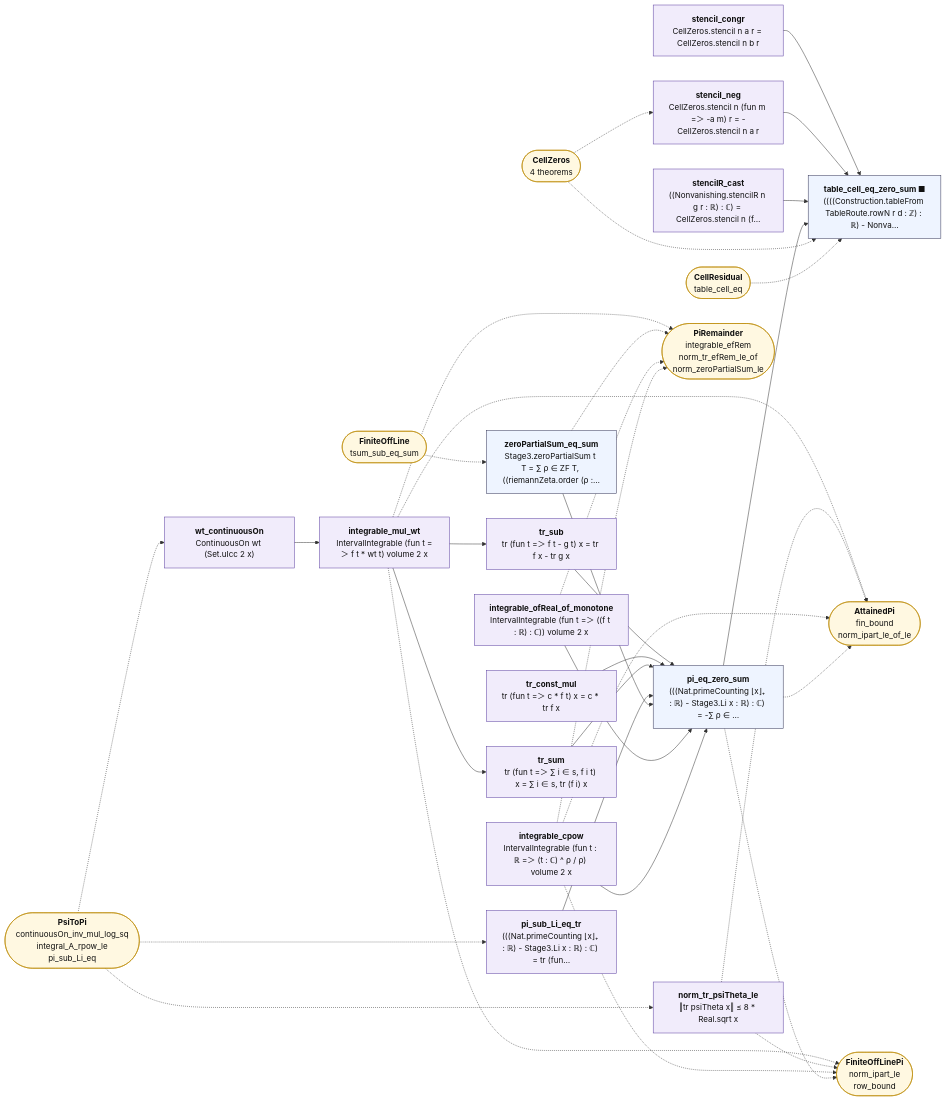
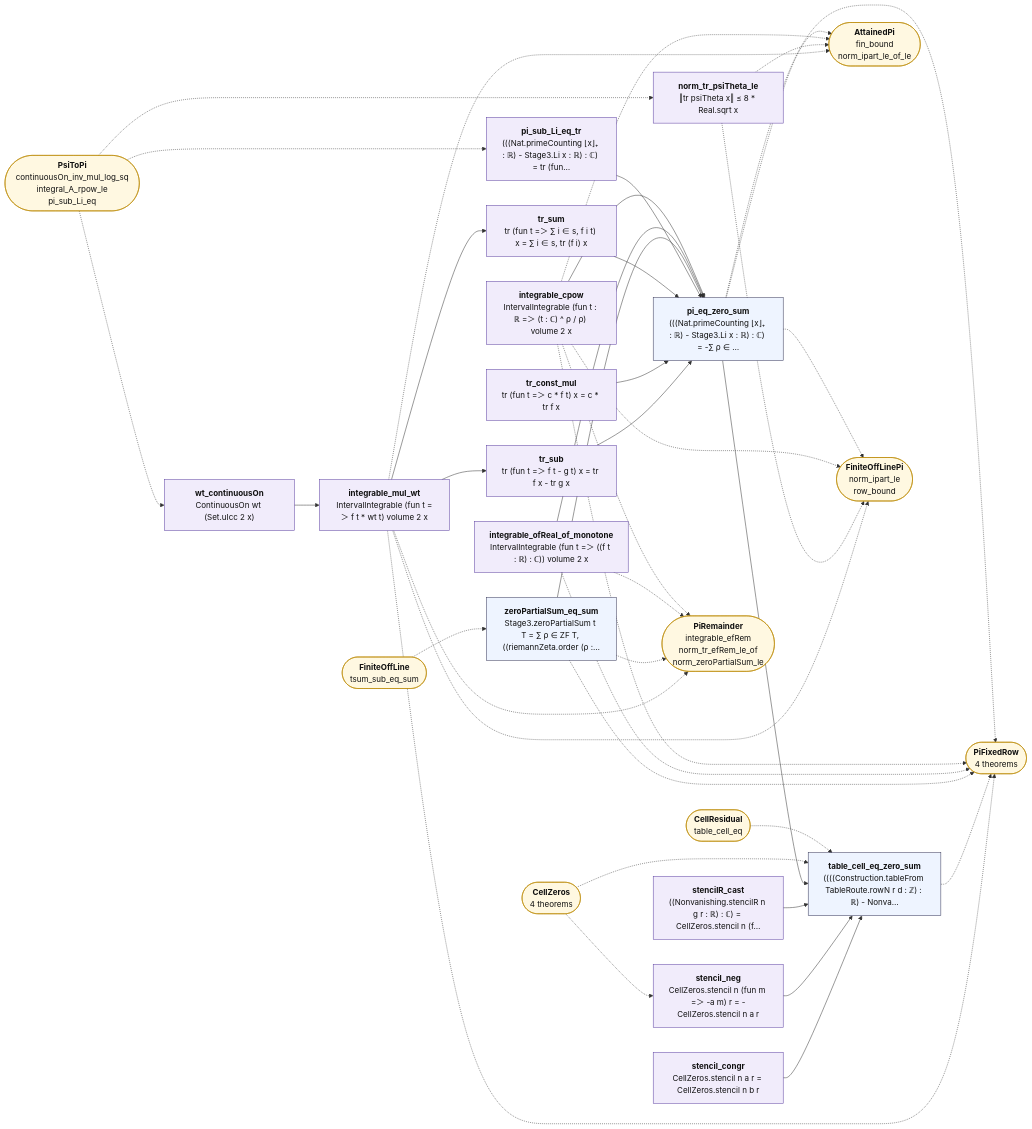
Before and after one commit to juliansambranojr/Primebeat_081426: the diagram in map/lean_stage3/PiZeros.mmd, drawn with Mermaid. The commit also changed 46 other files, not shown here.

```diff
--- a/map/lean_stage3/PiZeros.mmd
+++ b/map/lean_stage3/PiZeros.mmd
@@ -1,64 +1,71 @@
 flowchart LR
   n0["<b>wt_continuousOn</b><br/>ContinuousOn wt (Set.uIcc 2 x)"]:::shp
   n1["<b>integrable_mul_wt</b><br/>IntervalIntegrable (fun t =＞ f t * wt t) volume 2 x"]:::shp
   n2["<b>tr_sub</b><br/>tr (fun t =＞ f t - g t) x = tr f x - tr g x"]:::shp
   n3["<b>tr_const_mul</b><br/>tr (fun t =＞ c * f t) x = c * tr f x"]:::shp
   n4["<b>tr_sum</b><br/>tr (fun t =＞ ∑ i ∈ s, f i t) x = ∑ i ∈ s, tr (f i) x"]:::shp
   n5["<b>pi_sub_Li_eq_tr</b><br/>(((Nat.primeCounting ⌊x⌋₊ : ℝ) - Stage3.Li x : ℝ) : ℂ) = tr (fun…"]:::shp
   n6["<b>zeroPartialSum_eq_sum</b><br/>Stage3.zeroPartialSum t T = ∑ ρ ∈ ZF T, ((riemannZeta.order (ρ :…"]:::thm
   n7["<b>integrable_ofReal_of_monotone</b><br/>IntervalIntegrable (fun t =＞ ((f t : ℝ) : ℂ)) volume 2 x"]:::shp
   n8["<b>integrable_cpow</b><br/>IntervalIntegrable (fun t : ℝ =＞ (t : ℂ) ^ ρ / ρ) volume 2 x"]:::shp
   n9["<b>pi_eq_zero_sum</b><br/>(((Nat.primeCounting ⌊x⌋₊ : ℝ) - Stage3.Li x : ℝ) : ℂ) = -∑ ρ ∈ …"]:::thm
   n10["<b>norm_tr_psiTheta_le</b><br/>‖tr psiTheta x‖ ≤ 8 * Real.sqrt x"]:::shp
   n11["<b>stencil_congr</b><br/>CellZeros.stencil n a r = CellZeros.stencil n b r"]:::shp
   n12["<b>stencil_neg</b><br/>CellZeros.stencil n (fun m =＞ -a m) r = -CellZeros.stencil n a r"]:::shp
   n13["<b>stencilR_cast</b><br/>((Nonvanishing.stencilR n g r : ℝ) : ℂ) = CellZeros.stencil n (f…"]:::shp
-  n14["<b>table_cell_eq_zero_sum ■</b><br/>((((Construction.tableFrom TableRoute.rowN r d : ℤ) : ℝ) - Nonva…"]:::thm
+  n14["<b>table_cell_eq_zero_sum</b><br/>((((Construction.tableFrom TableRoute.rowN r d : ℤ) : ℝ) - Nonva…"]:::thm
   x0(["<b>PsiToPi</b><br/>continuousOn_inv_mul_log_sq<br/>integral_A_rpow_le<br/>pi_sub_Li_eq"]):::ext
   x1(["<b>AttainedPi</b><br/>fin_bound<br/>norm_ipart_le_of_le"]):::ext
   x2(["<b>FiniteOffLinePi</b><br/>norm_ipart_le<br/>row_bound"]):::ext
-  x3(["<b>PiRemainder</b><br/>integrable_efRem<br/>norm_tr_efRem_le_of<br/>norm_zeroPartialSum_le"]):::ext
-  x4(["<b>FiniteOffLine</b><br/>tsum_sub_eq_sum"]):::ext
-  x5(["<b>CellZeros</b><br/>4 theorems"]):::ext
-  x6(["<b>CellResidual</b><br/>table_cell_eq"]):::ext
+  x3(["<b>PiFixedRow</b><br/>4 theorems"]):::ext
+  x4(["<b>PiRemainder</b><br/>integrable_efRem<br/>norm_tr_efRem_le_of<br/>norm_zeroPartialSum_le"]):::ext
+  x5(["<b>FiniteOffLine</b><br/>tsum_sub_eq_sum"]):::ext
+  x6(["<b>CellZeros</b><br/>4 theorems"]):::ext
+  x7(["<b>CellResidual</b><br/>table_cell_eq"]):::ext
   n0 --> n1
   n1 --> n2
   n1 --> n4
   n11 --> n14
   n12 --> n14
   n13 --> n14
   n2 --> n9
   n3 --> n9
   n4 --> n9
   n5 --> n9
   n6 --> n9
   n7 --> n9
   n8 --> n9
   n9 --> n14
   n1 -.-> x1
   n1 -.-> x2
   n1 -.-> x3
+  n1 -.-> x4
   n10 -.-> x1
   n10 -.-> x2
+  n14 -.-> x3
   n6 -.-> x3
+  n6 -.-> x4
   n7 -.-> x3
+  n7 -.-> x4
   n8 -.-> x1
   n8 -.-> x2
   n8 -.-> x3
+  n8 -.-> x4
   n9 -.-> x1
   n9 -.-> x2
+  n9 -.-> x3
   x0 -.-> n0
   x0 -.-> n10
   x0 -.-> n5
-  x4 -.-> n6
-  x5 -.-> n12
-  x5 -.-> n14
+  x5 -.-> n6
+  x6 -.-> n12
   x6 -.-> n14
+  x7 -.-> n14
   classDef cnt fill:#dff5ec,stroke:#17694a,color:#111
   classDef shp fill:#f1ecfb,stroke:#5b3fa0,color:#111
   classDef rh fill:#ffe5e5,stroke:#c22,color:#111,stroke-width:2px
   classDef thm fill:#eef4ff,stroke:#335,color:#111
   classDef end_ fill:#e7f7e7,stroke:#2a7,color:#111,stroke-width:2px
   classDef lone fill:#fff,stroke:#999,color:#111,stroke-dasharray:4 3
   classDef bad fill:#ffe5e5,stroke:#c22,color:#111,stroke-width:2px
   classDef ext fill:#fff8e1,stroke:#b80,color:#111
```
